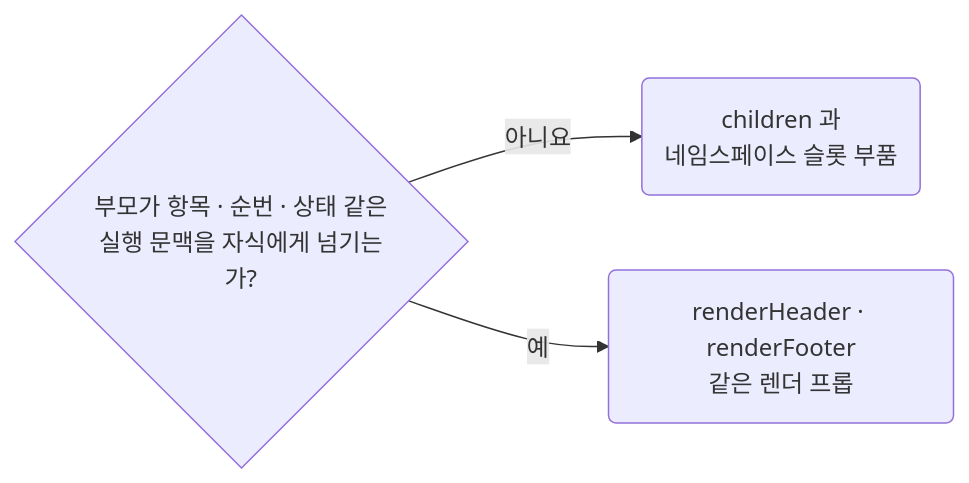
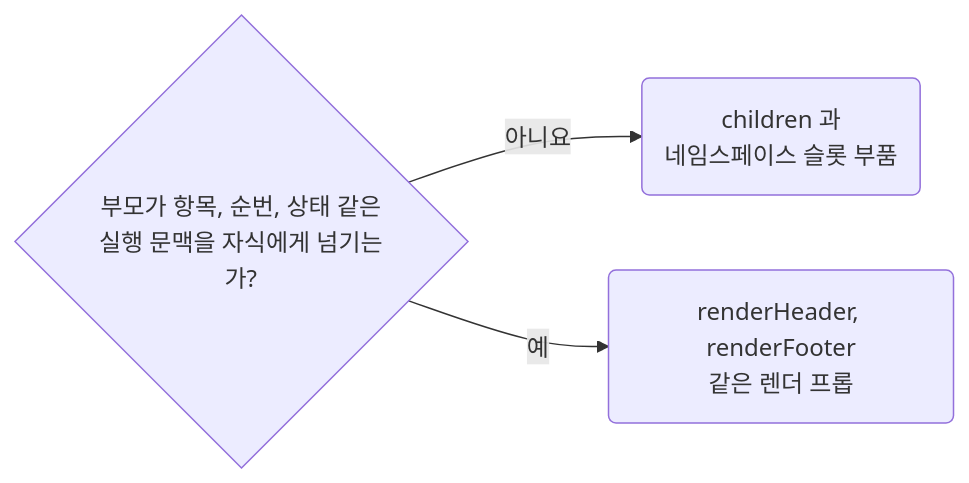
One commit to minu-ha/agent-conventions changed the diagram in skill/react/contracts/strategy-prefer-children-over-render-props.md. Above: the diagram before and after it, drawn with Mermaid. The commit also changed other lines of this file and 194 other files, not shown here.

````diff
--- a/skill/react/contracts/strategy-prefer-children-over-render-props.md
+++ b/skill/react/contracts/strategy-prefer-children-over-render-props.md
@@ -11,5 +11,5 @@
 ```mermaid
 flowchart LR
-	q1{"부모가 항목 · 순번 · 상태 같은<br>실행 문맥을 자식에게 넘기는가?"} -- 아니요 --> r1("children 과<br>네임스페이스 슬롯 부품")
-	q1 -- 예 --> r2("renderHeader · renderFooter<br>같은 렌더 프롭")
+	q1{"부모가 항목, 순번, 상태 같은<br>실행 문맥을 자식에게 넘기는가?"} -- 아니요 --> r1("children 과<br>네임스페이스 슬롯 부품")
+	q1 -- 예 --> r2("renderHeader, renderFooter<br>같은 렌더 프롭")
 ```
````
